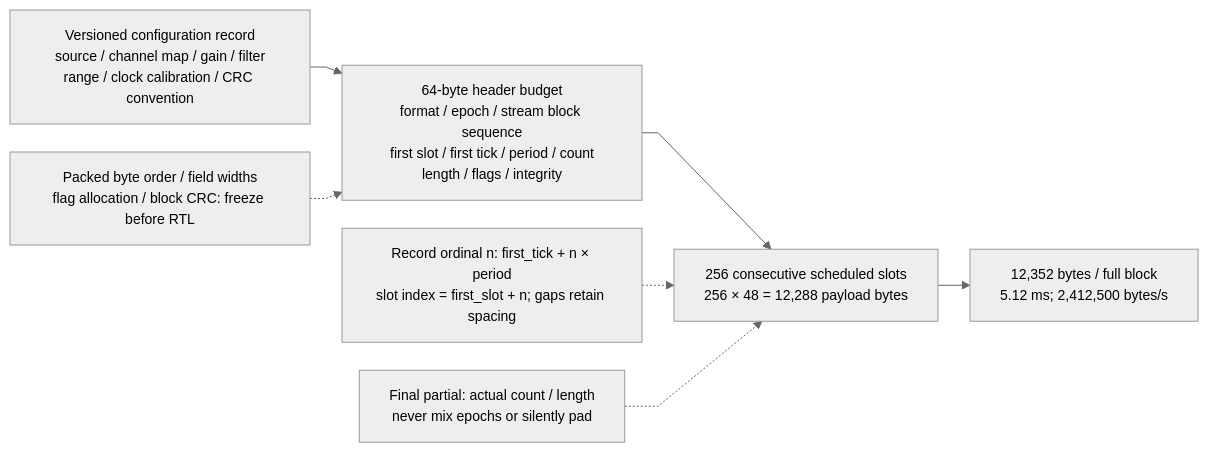
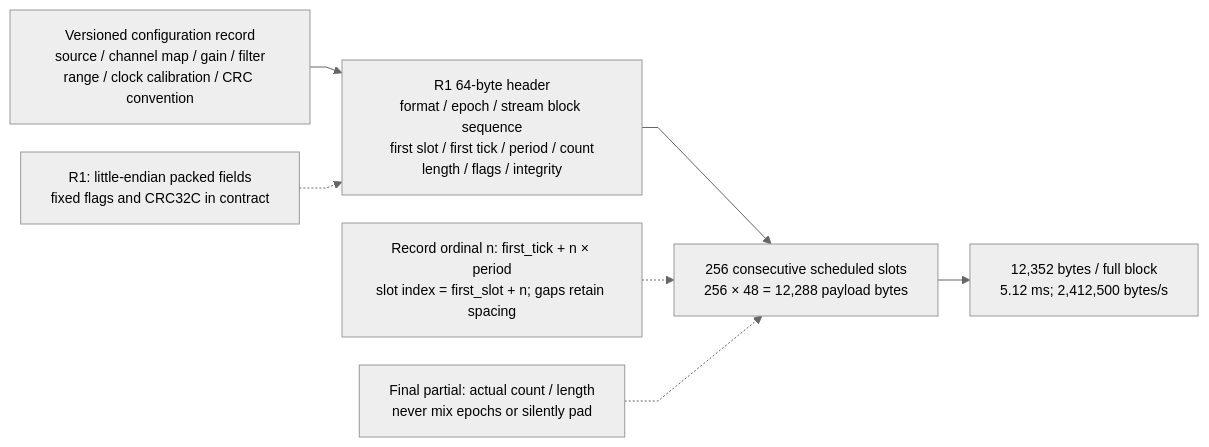
Diagram 17 of 27 in microcontroller/acquisition/README.md (baolgn/DRG-pain-project), drawn with Mermaid before and after one commit. The commit also changed other lines of this file and 19 other files, not shown here.

First line of the commit message:
docs(acquisition): define first recording contract

````diff
--- a/microcontroller/acquisition/README.md
+++ b/microcontroller/acquisition/README.md
@@ -375,10 +380,10 @@
 ```mermaid
 %%{init: {"theme":"neutral","themeVariables":{"fontFamily":"Arial,sans-serif","fontSize":"14px"},"flowchart":{"htmlLabels":true,"minNodeWidth":0,"wrappingWidth":240,"nodeSpacing":28,"rankSpacing":32,"curve":"linear"}}}%%
 flowchart LR
-    SESSION["Versioned configuration record<br/>source / channel map / gain / filter<br/>range / clock calibration / CRC convention"] --> HEADER["64-byte header budget<br/>format / epoch / stream block sequence<br/>first slot / first tick / period / count<br/>length / flags / integrity"]
+    SESSION["Versioned configuration record<br/>source / channel map / gain / filter<br/>range / clock calibration / CRC convention"] --> HEADER["R1 64-byte header<br/>format / epoch / stream block sequence<br/>first slot / first tick / period / count<br/>length / flags / integrity"]
     HEADER --> PAY["256 consecutive scheduled slots<br/>256 × 48 = 12,288 payload bytes"]
     PAY --> TOTAL["12,352 bytes / full block<br/>5.12 ms; 2,412,500 bytes/s"]
     TIME["Record ordinal n: first_tick + n × period<br/>slot index = first_slot + n; gaps retain spacing"] -.-> PAY
     PART["Final partial: actual count / length<br/>never mix epochs or silently pad"] -.-> PAY
-    FORMAT["Packed byte order / field widths<br/>flag allocation / block CRC: freeze before RTL"] -.-> HEADER
+    FORMAT["R1: little-endian packed fields<br/>fixed flags and CRC32C in contract"] -.-> HEADER
 ```
````
